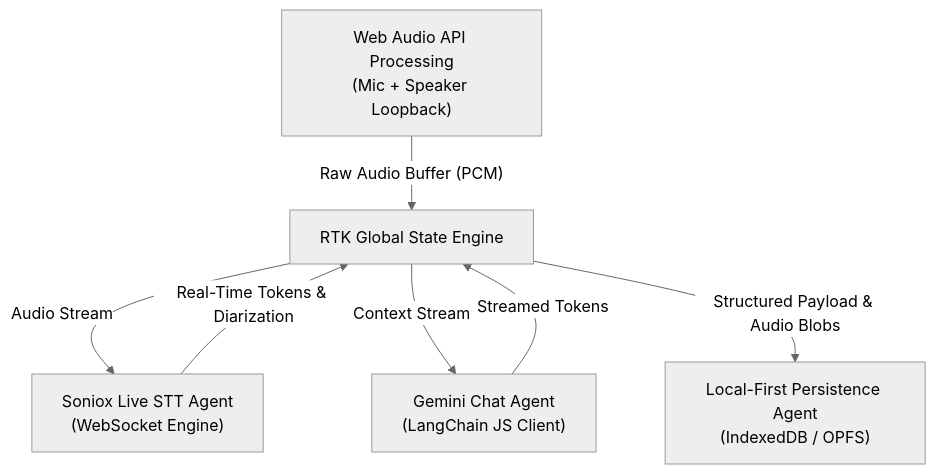
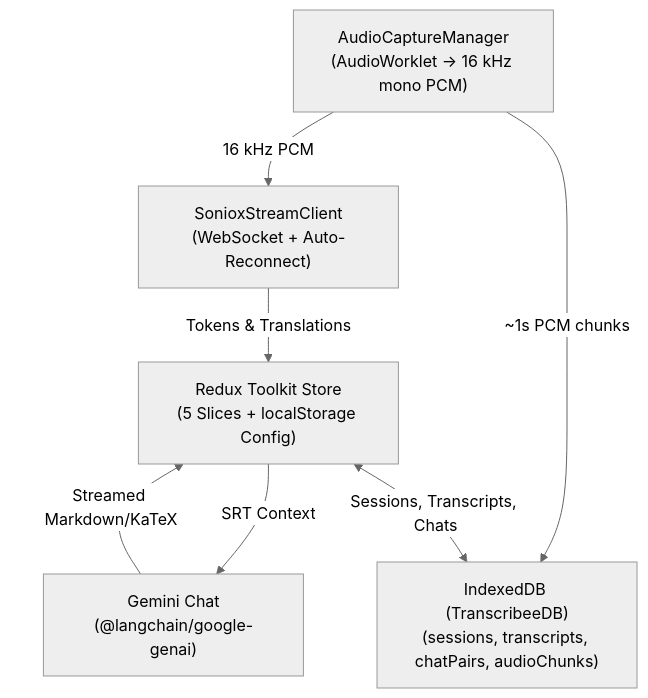
The diagram in AGENTS.md (muazhari/transcribee-1), drawn with Mermaid (neutral theme) before and after one commit. The commit also changed other lines of this file and 7 other files, not shown here.

````diff
--- a/AGENTS.md
+++ b/AGENTS.md
@@ -11,15 +12,15 @@
 ```mermaid
 flowchart TD
-    Audio["Web Audio API Processing<br/>(Mic + Speaker Loopback)"]
-    RTK["RTK Global State Engine"]
-    Soniox["Soniox Live STT Agent<br/>(WebSocket Engine)"]
-    Gemini["Gemini Chat Agent<br/>(LangChain JS Client)"]
-    Persistence["Local-First Persistence Agent<br/>(IndexedDB / OPFS)"]
+    Audio["AudioCaptureManager<br/>(AudioWorklet → 16 kHz mono PCM)"]
+    Soniox["SonioxStreamClient<br/>(WebSocket + Auto-Reconnect)"]
+    RTK["Redux Toolkit Store<br/>(5 Slices + localStorage Config)"]
+    Gemini["Gemini Chat<br/>(@langchain/google-genai)"]
+    DB["IndexedDB (TranscribeeDB)<br/>(sessions, transcripts, chatPairs, audioChunks)"]
 
-    Audio -->|"Raw Audio Buffer (PCM)"| RTK
-    RTK -->|"Audio Stream"| Soniox
-    Soniox -->|"Real-Time Tokens & Diarization"| RTK
-    RTK -->|"Context Stream"| Gemini
-    Gemini -->|"Streamed Tokens"| RTK
-    RTK -->|"Structured Payload & Audio Blobs"| Persistence
+    Audio -->|"16 kHz PCM"| Soniox
+    Audio -->|"~1s PCM chunks"| DB
+    Soniox -->|"Tokens & Translations"| RTK
+    RTK -->|"SRT Context"| Gemini
+    Gemini -->|"Streamed Markdown/KaTeX"| RTK
+    RTK <-->|"Sessions, Transcripts, Chats"| DB
 ```
````
